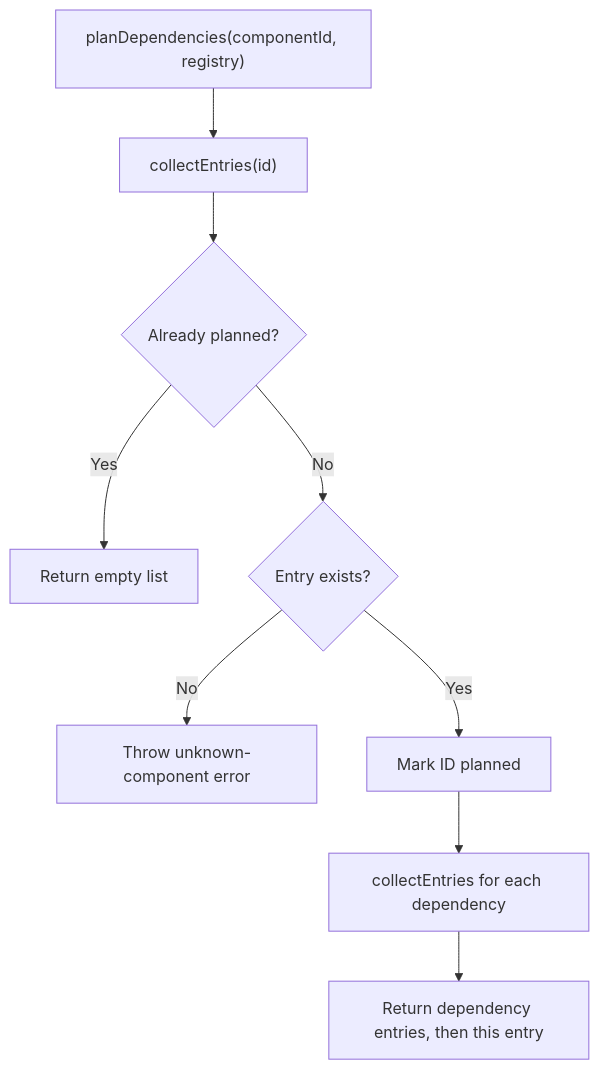
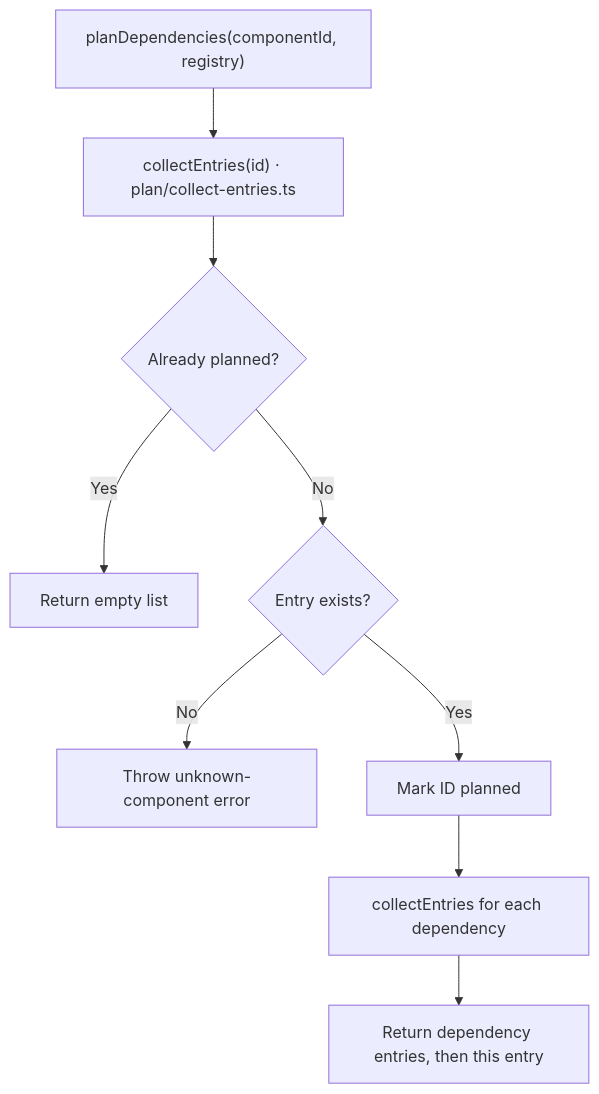
Before and after one commit to feuersteiner/bref-ui: the diagram in cli/registry/README.md, drawn with Mermaid. The commit also changed other lines of this file and 5 other files, not shown here.

````diff
--- a/cli/registry/README.md
+++ b/cli/registry/README.md
@@ -14,11 +14,11 @@
 ```mermaid
 flowchart TD
-    plan["planDependencies(componentId, registry)"] --> collect["collectEntries(id)"]
+    plan["planDependencies(componentId, registry)"] --> collect["collectEntries(id) · plan/collect-entries.ts"]
     collect --> seen{"Already planned?"}
     seen -->|Yes| empty["Return empty list"]
     seen -->|No| lookup{"Entry exists?"}
     lookup -->|No| error["Throw unknown-component error"]
     lookup -->|Yes| mark["Mark ID planned"]
     mark --> dependencies["collectEntries for each dependency"]
     dependencies --> result["Return dependency entries, then this entry"]
 ```
````
